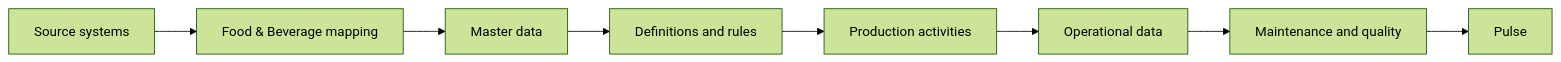
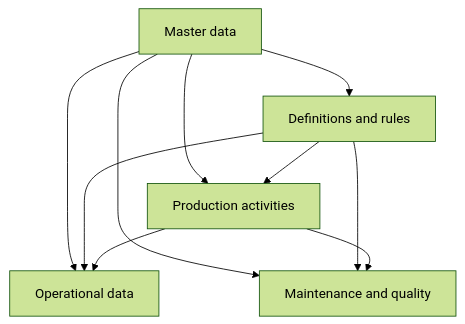
The diagram in docs/models/manufacturing/food-and-beverage/index.md (Tom-PIT/TomPIT.Pulse.Connector), drawn with Mermaid (forest theme) before and after one commit. The commit also changed other lines of this file and 16 other files, not shown here.

````diff
--- a/docs/models/manufacturing/food-and-beverage/index.md
+++ b/docs/models/manufacturing/food-and-beverage/index.md
@@ -30,13 +30,18 @@
 ```mermaid
-flowchart LR
-    A["Source systems"]
-    B["Food & Beverage mapping"]
-    C["Master data"]
-    D["Definitions and rules"]
-    E["Production activities"]
-    F["Operational data"]
-    G["Maintenance and quality"]
-    H["Pulse"]
+flowchart TD
+    A["Master data"]
+    B["Definitions and rules"]
+    C["Production activities"]
+    D["Operational data"]
+    E["Maintenance and quality"]
 
-    A --> B --> C --> D --> E --> F --> G --> H
+    A --> B
+    A --> C
+    B --> C
+    A --> D
+    B --> D
+    C --> D
+    A --> E
+    B --> E
+    C --> E
 ```
````
